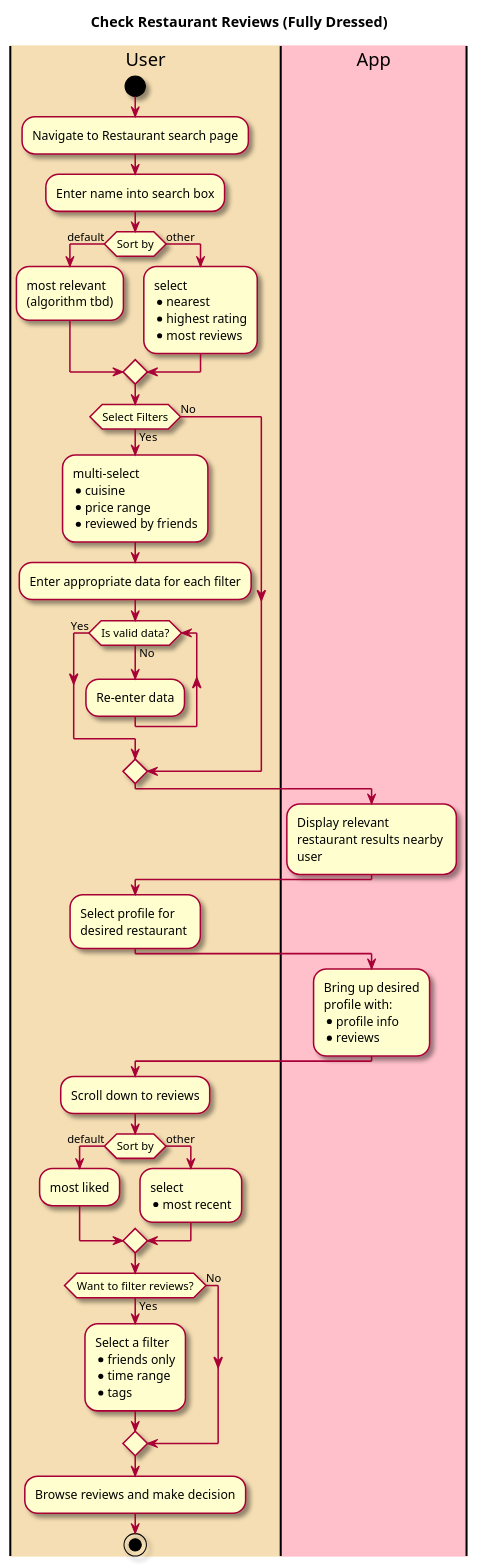
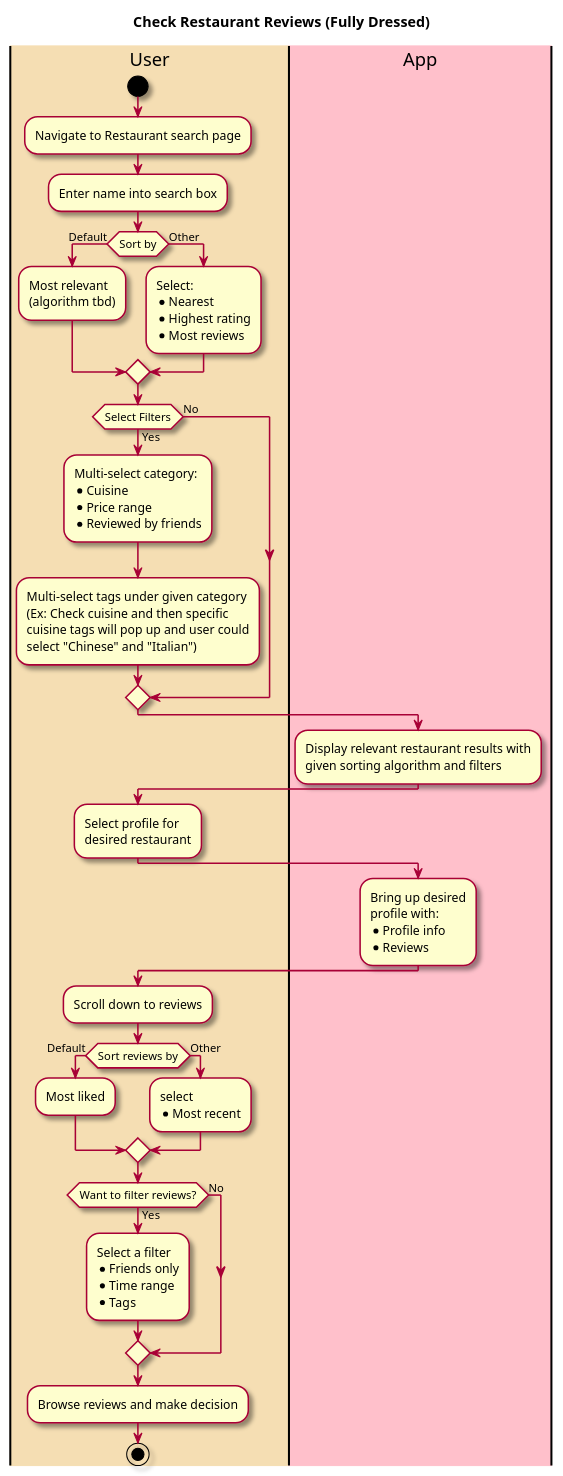
One commit to tanwasp/LunchBox-Android changed the diagram in intellij/doc/use_cases/check-restaurant.md. Above: the diagram before and after it, drawn with PlantUML. The commit also changed other lines of this file and 7 other files, not shown here.

````diff
--- a/intellij/doc/use_cases/check-restaurant.md
+++ b/intellij/doc/use_cases/check-restaurant.md
@@ -43,80 +44,78 @@
 ```plantuml
 @startuml
 
 skin rose
 
 title Check Restaurant Reviews (Fully Dressed)
 
 |#wheat|User|
 |#pink|App|
 
 |User|
 start
 :Navigate to Restaurant search page;
 :Enter name into search box;
 
-if (Sort by) is (default) then
-:most relevant
+if (Sort by) is (Default) then
+:Most relevant
 (algorithm tbd);
-else (other)
-:select
-* nearest
-* highest rating
-* most reviews;
+else (Other)
+:Select:
+* Nearest
+* Highest rating
+* Most reviews;
 endif
 if (Select Filters) is (Yes) then
-:multi-select
-*cuisine
-*price range
-*reviewed by friends;
+:Multi-select category:
+*Cuisine
+*Price range
+*Reviewed by friends;
 
-:Enter appropriate data for each filter;
-while (Is valid data?) is (No)
-:Re-enter data;
-endwhile (Yes)
+:Multi-select tags under given category
+(Ex: Check cuisine and then specific 
+cuisine tags will pop up and user could
+select "Chinese" and "Italian");
+
 else (No)
 endif
 
 |App|
-:Display relevant 
-restaurant results nearby 
-user;
+:Display relevant restaurant results with
+given sorting algorithm and filters;
 |User|
 
 
 |User|
 :Select profile for 
-desired restaurant ;
+desired restaurant;
 
 |App|
 :Bring up desired 
 profile with:
-*profile info
-*reviews;
+*Profile info
+*Reviews;
 
 
 |User|
 :Scroll down to reviews;
-if (Sort by) is (default) then
-:most liked;
-else (other)
+if (Sort reviews by) is (Default) then
+:Most liked;
+else (Other)
 :select
-* most recent;
+* Most recent;
 endif
 
 if (Want to filter reviews?) is (Yes) then 
 :Select a filter
-* friends only
-* time range
-* tags;
+* Friends only
+* Time range
+* Tags;
 
 else (No)
 endif
 
 :Browse reviews and make decision;
 
-
-
 stop
 @enduml
 ```
````
